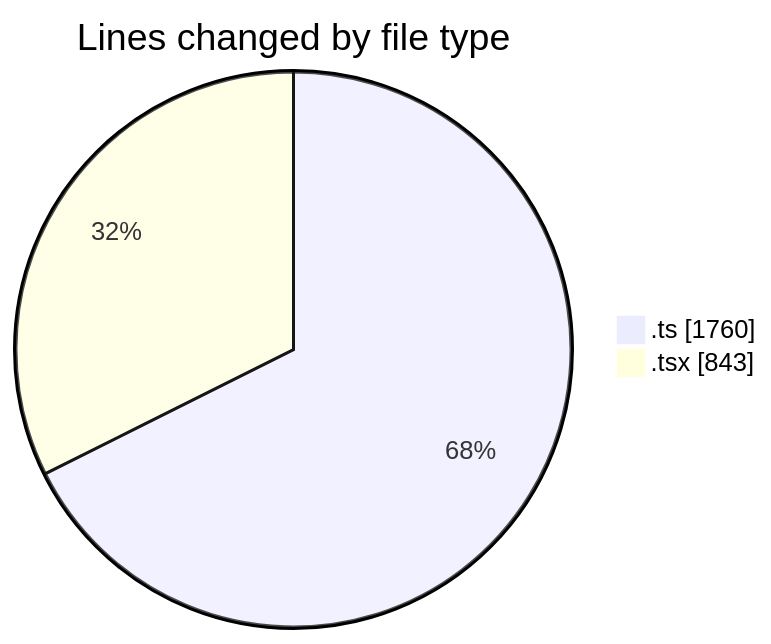
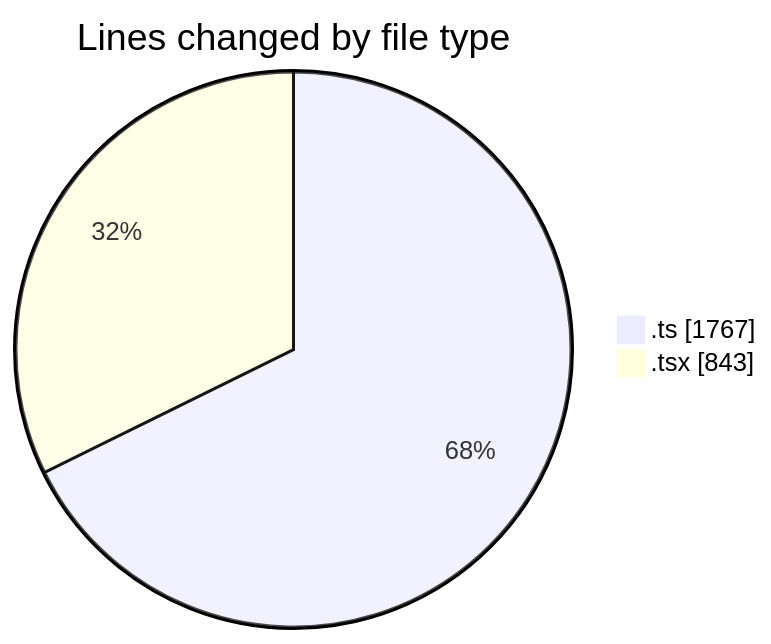
One commit to JenPaints/code-tracking changed the first of 2 diagrams in 2025-06-22/archive/README.md. Above: the diagram before and after it, drawn with Mermaid. The commit also changed other lines of this file and 1 other file, not shown here.

````diff
--- a/2025-06-22/archive/README.md
+++ b/2025-06-22/archive/README.md
@@ -25,6 +25,6 @@
 ```mermaid
 pie showData
 title Lines changed by file type
-".ts" : 1760
+".ts" : 1767
 ".tsx" : 843
 ```
````
